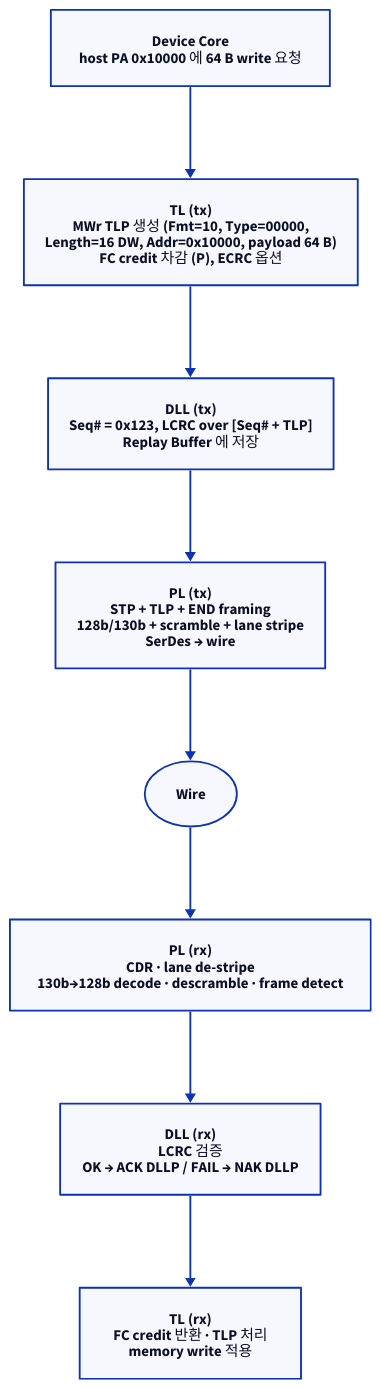
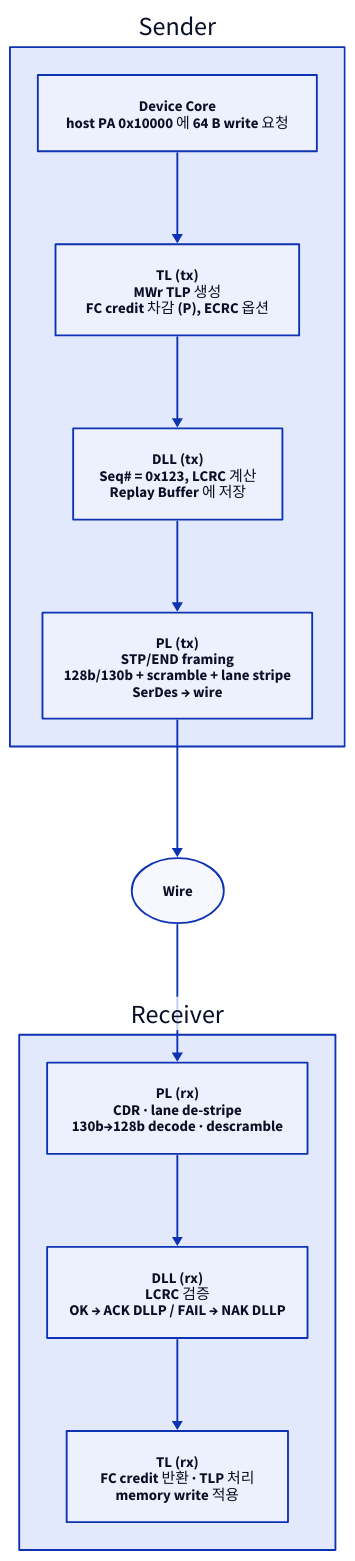
Before and after one commit to humbleowl39/DV_SKOOL: the second of 9 diagrams in topics/pcie/docs/02_layer_architecture.md, drawn with D2. The commit also changed other lines of this file and 90 other files, not shown here.

First line of the commit message:
docs: 전 토픽 다이어그램 정비 — ASCII→D2, mermaid→D2, 과대 D2 가시성 수정

````diff
--- a/topics/pcie/docs/02_layer_architecture.md
+++ b/topics/pcie/docs/02_layer_architecture.md
@@ -125,19 +125,25 @@
 ```d2
 direction: down
 
-CORE: "Device Core\nhost PA 0x10000 에 64 B write 요청"
-TXTL: "TL (tx)\nMWr TLP 생성 (Fmt=10, Type=00000,\nLength=16 DW, Addr=0x10000, payload 64 B)\nFC credit 차감 (P), ECRC 옵션"
-TXDLL: "DLL (tx)\nSeq# = 0x123, LCRC over [Seq# + TLP]\nReplay Buffer 에 저장"
-TXPL: "PL (tx)\nSTP + TLP + END framing\n128b/130b + scramble + lane stripe\nSerDes → wire"
+TX: "Sender" {
+  direction: down
+  CORE: "Device Core\nhost PA 0x10000 에 64 B write 요청"
+  TXTL: "TL (tx)\nMWr TLP 생성\nFC credit 차감 (P), ECRC 옵션"
+  TXDLL: "DLL (tx)\nSeq# = 0x123, LCRC 계산\nReplay Buffer 에 저장"
+  TXPL: "PL (tx)\nSTP/END framing\n128b/130b + scramble + lane stripe\nSerDes → wire"
+  CORE -> TXTL
+  TXTL -> TXDLL
+  TXDLL -> TXPL
+}
 WIRE: "Wire" { shape: oval }
-RXPL: "PL (rx)\nCDR · lane de-stripe\n130b→128b decode · descramble · frame detect"
-RXDLL: "DLL (rx)\nLCRC 검증\nOK → ACK DLLP / FAIL → NAK DLLP"
-RXTL: "TL (rx)\nFC credit 반환 · TLP 처리\nmemory write 적용"
-CORE -> TXTL
-TXTL -> TXDLL
-TXDLL -> TXPL
-TXPL -> WIRE
-WIRE -> RXPL
-RXPL -> RXDLL
-RXDLL -> RXTL
+RX: "Receiver" {
+  direction: down
+  RXPL: "PL (rx)\nCDR · lane de-stripe\n130b→128b decode · descramble"
+  RXDLL: "DLL (rx)\nLCRC 검증\nOK → ACK DLLP / FAIL → NAK DLLP"
+  RXTL: "TL (rx)\nFC credit 반환 · TLP 처리\nmemory write 적용"
+  RXPL -> RXDLL
+  RXDLL -> RXTL
+}
+TX.TXPL -> WIRE
+WIRE -> RX.RXPL
 ```
````
